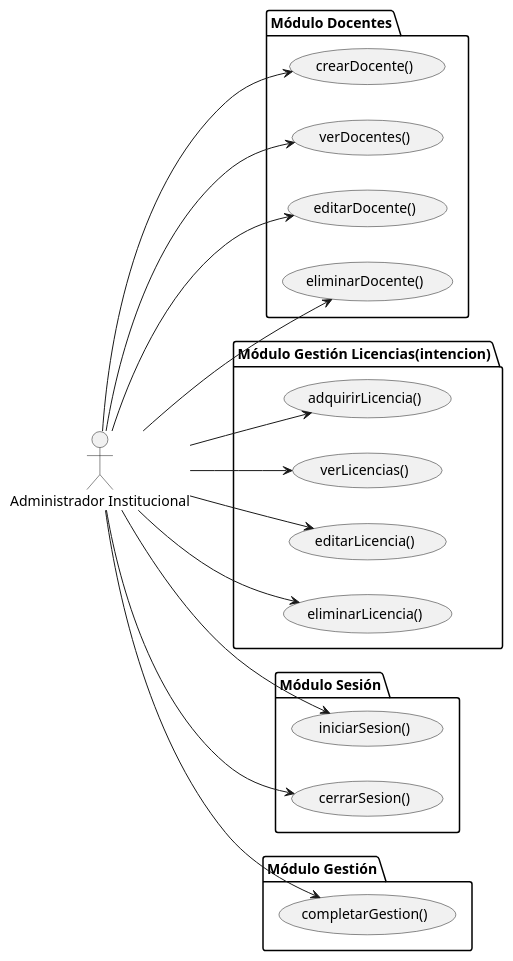
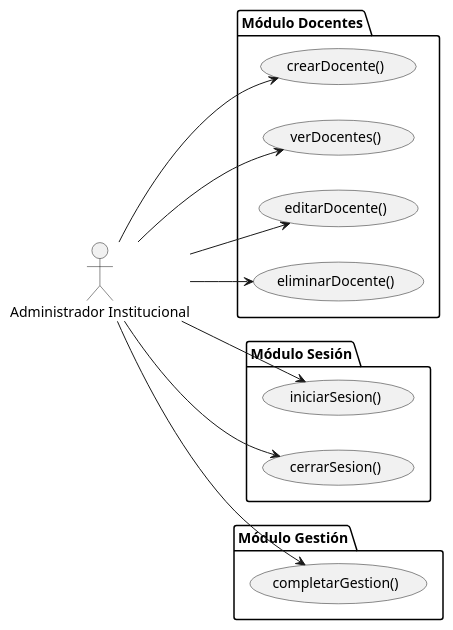
Before and after one commit to martinlopez7/25-26-IdSw1-SdR: the diagram in documents/casos-de-uso/encontrarActoresYCasosDeUso/actoresYCasosDeUso-administradorInstitucional.puml, drawn with PlantUML. The commit also changed 5 other files, not shown here.

```diff
--- a/documents/casos-de-uso/encontrarActoresYCasosDeUso/actoresYCasosDeUso-administradorInstitucional.puml
+++ b/documents/casos-de-uso/encontrarActoresYCasosDeUso/actoresYCasosDeUso-administradorInstitucional.puml
@@ -1,42 +1,32 @@
 @startuml actoresYCasosDeUso-administradorInstitucional
 
 left to right direction
 
 actor "Administrador Institucional" as admin
 
 package "Módulo Docentes" {
   usecase "crearDocente()" as UC32
   usecase "verDocentes()" as UC33
   usecase "editarDocente()" as UC34
   usecase "eliminarDocente()" as UC35
 }
 
-package "Módulo Gestión Licencias(intencion)" {
-  usecase "adquirirLicencia()" as UC36
-  usecase "verLicencias()" as UC37
-  usecase "editarLicencia()" as UC38
-  usecase "eliminarLicencia()" as UC39
-}
 
 package "Módulo Sesión" {
   usecase "iniciarSesion()" as UC41
   usecase "cerrarSesion()" as UC42
 }
 package "Módulo Gestión" {
   usecase "completarGestion()" as UC13
 
 }
 
 admin --> UC13
 admin --> UC32
 admin --> UC33
 admin --> UC34
 admin --> UC35
-admin --> UC36
-admin --> UC37
-admin --> UC38
-admin --> UC39
 admin --> UC41
 admin --> UC42
 
 @enduml
```
